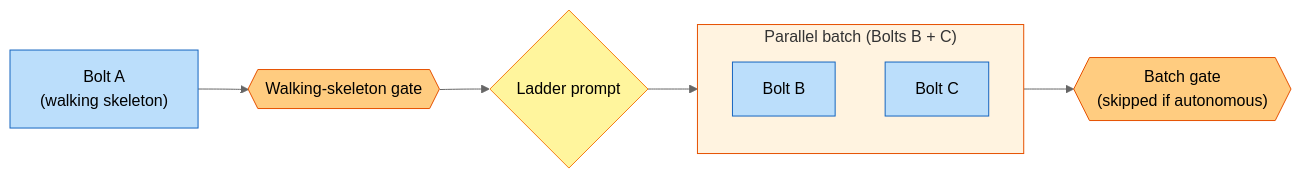
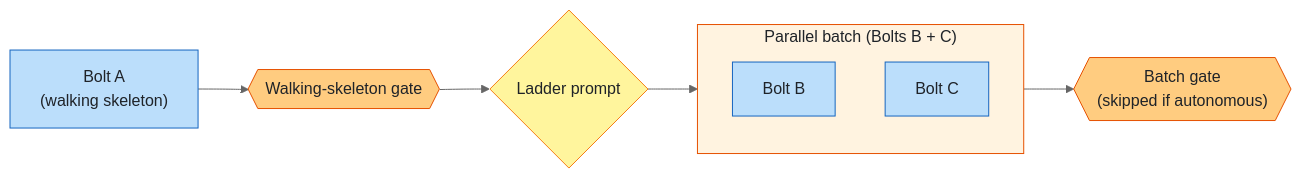
The fifth of 6 diagrams in docs/guide/04-phases-and-stages.ja.md (amadeus-dlc/amadeus), drawn with Mermaid (neutral theme) before and after one commit. The commit also changed other lines of this file and 1 other file, not shown here.

Commit message:
docs: improve Mermaid diagram contrast

````diff
--- a/docs/guide/04-phases-and-stages.ja.md
+++ b/docs/guide/04-phases-and-stages.ja.md
@@ -272,23 +272,23 @@
 ```mermaid
 flowchart LR
     A["Bolt A\n(walking skeleton)"]
     GA{{"Walking-skeleton gate"}}
     L{"Ladder prompt"}
 
     subgraph BATCH["Parallel batch (Bolts B + C)"]
         B["Bolt B"]
         C["Bolt C"]
     end
 
     GBC{{"Batch gate\n(skipped if autonomous)"}}
 
     A --> GA --> L --> BATCH --> GBC
 
-    style A fill:#bbdefb,stroke:#1565c0
-    style GA fill:#ffcc80,stroke:#e65100
-    style L fill:#fff59d,stroke:#f57f17
-    style B fill:#bbdefb,stroke:#1565c0
-    style C fill:#bbdefb,stroke:#1565c0
-    style BATCH fill:#fff3e0,stroke:#e65100
-    style GBC fill:#ffcc80,stroke:#e65100
+    style A fill:#bbdefb,stroke:#1565c0,color:#1f2328
+    style GA fill:#ffcc80,stroke:#e65100,color:#1f2328
+    style L fill:#fff59d,stroke:#f57f17,color:#1f2328
+    style B fill:#bbdefb,stroke:#1565c0,color:#1f2328
+    style C fill:#bbdefb,stroke:#1565c0,color:#1f2328
+    style BATCH fill:#fff3e0,stroke:#e65100,color:#1f2328
+    style GBC fill:#ffcc80,stroke:#e65100,color:#1f2328
 ```
````
